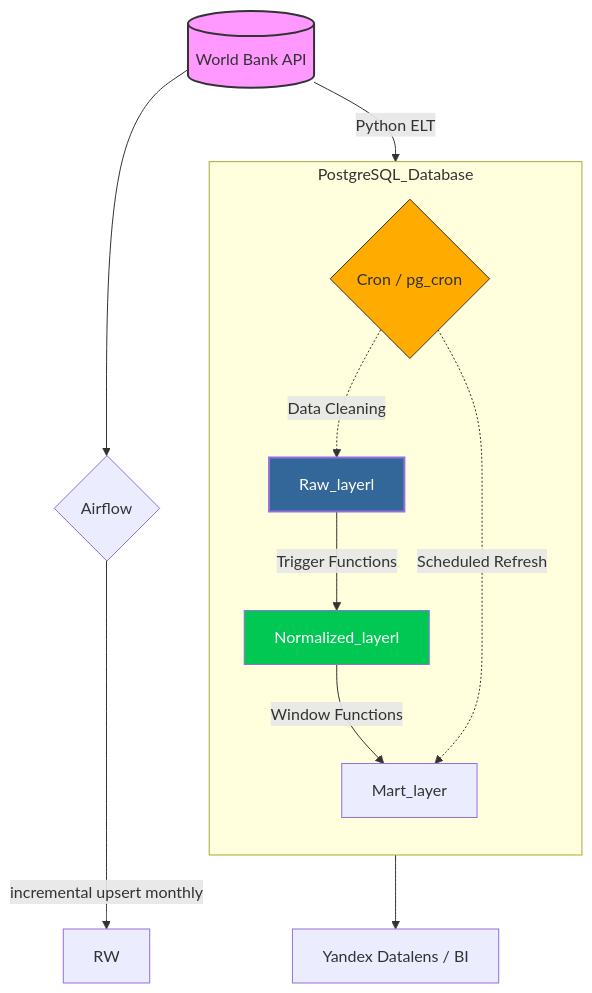
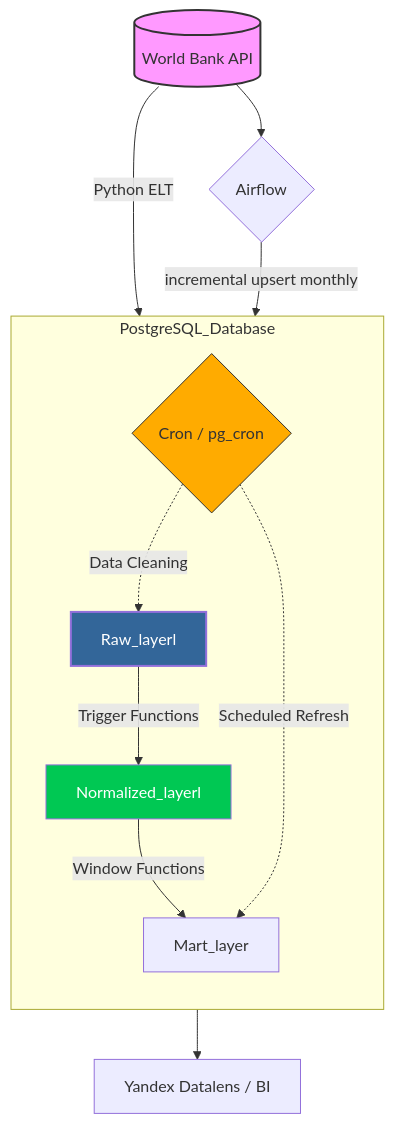
Before and after one commit to ososovyan/WB_data_collector: the diagram in README.md, drawn with Mermaid. The commit also changed other lines of this file, not shown here.

````diff
--- a/README.md
+++ b/README.md
@@ -37,26 +37,26 @@
 ```mermaid
 graph TD
     %% Источник данных
     WB[(World Bank API)] --> |Python ELT| RL[Raw_layerl]
 
     %% Внутренняя логика БД
     subgraph PostgreSQL_Database
         direction TB
         RL --> |Trigger Functions| NL[Normalized_layerl]
         
         NL --> |Window Functions| ML[Mart_layer]
 
         CRON{Cron / pg_cron} -.-> |Scheduled Refresh| ML
         CRON -.-> |Data Cleaning| RL
     end
 
     %% Выход данных
     ML --> API[Yandex Datalens / BI ]
     WB --> A{Airflow}
-    A --> |incremental upsert monthly| RW
+    A --> |incremental upsert monthly| RL
     %% Стилизация (чтобы было красиво)
     style WB fill:#f9f,stroke:#333,stroke-width:2px
     style RL fill:#336699,color:#fff,stroke-width:2px
     style NL fill:#00c853,color:#fff
     style CRON fill:#ffab00,stroke:#333
 ```
````
